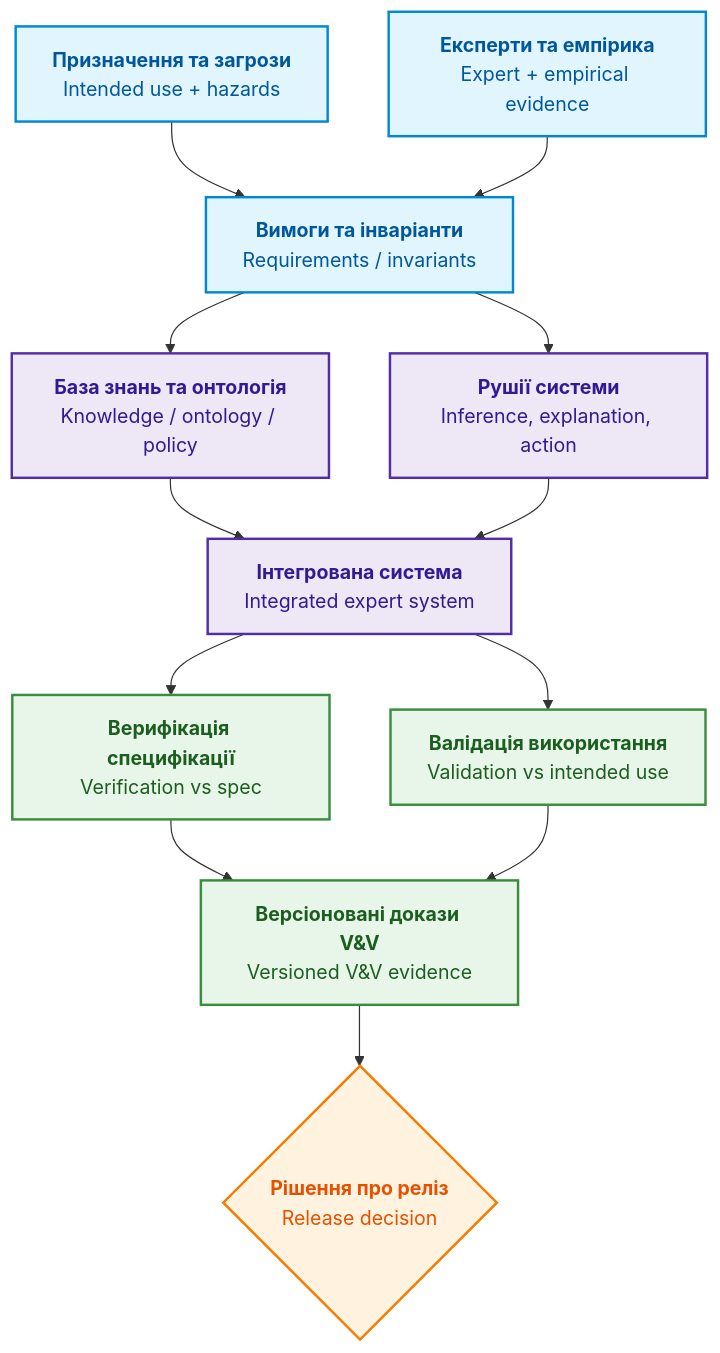
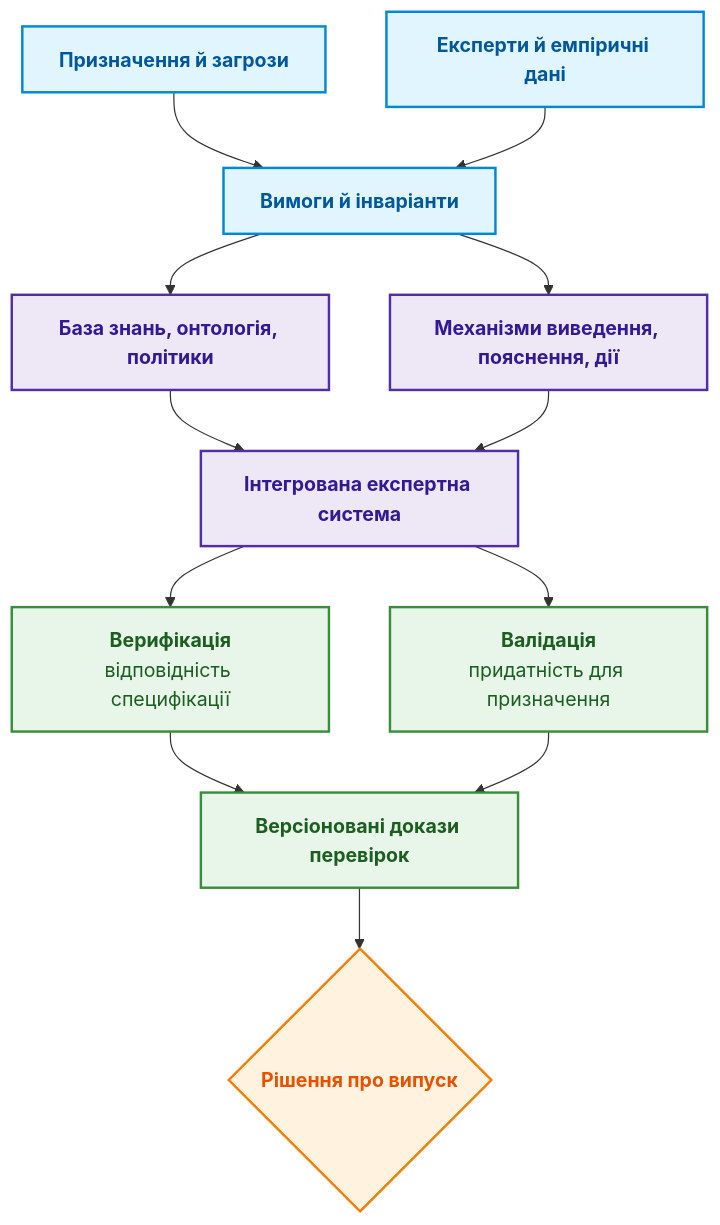
Before and after one commit to nick-fedchik/articles: the first of 5 diagrams in ExpertSystem/ch23-knowledge-base-verification.md, drawn with Mermaid. The commit also changed other lines of this file, not shown here.

````diff
--- a/ExpertSystem/ch23-knowledge-base-verification.md
+++ b/ExpertSystem/ch23-knowledge-base-verification.md
@@ -47,27 +24,27 @@
 ```mermaid
 flowchart TB
-    accTitle: Процес верифікації та валідації експертної системи
-    accDescr: Від вимог до верифікації, валідації та рішення про реліз на основі доказів.
+    accTitle: Верифікація й валідація експертної системи
+    accDescr: Призначення, загрози й експертні знання формують вимоги та інваріанти, з яких будують базу знань і механізми виведення; інтегровану експертну систему верифікують щодо специфікації й валідують щодо призначення, а версіоновані докази обох процесів ідуть на рішення про випуск.
 
-    INT["<b>Призначення та загрози</b><br/>Intended use + hazards"] --> REQ["<b>Вимоги та інваріанти</b><br/>Requirements / invariants"]
-    EXP["<b>Експерти та емпірика</b><br/>Expert + empirical evidence"] --> REQ
-    REQ --> KB["<b>База знань та онтологія</b><br/>Knowledge / ontology / policy"]
-    REQ --> ENG["<b>Рушії системи</b><br/>Inference, explanation, action"]
-    KB --> SYS["<b>Інтегрована система</b><br/>Integrated expert system"]
+    INT["<b>Призначення й загрози</b>"] --> REQ["<b>Вимоги й інваріанти</b>"]
+    EXP["<b>Експерти й емпіричні дані</b>"] --> REQ
+    REQ --> KB["<b>База знань, онтологія, політики</b>"]
+    REQ --> ENG["<b>Механізми виведення, пояснення, дії</b>"]
+    KB --> SYS["<b>Інтегрована експертна система</b>"]
     ENG --> SYS
-    SYS --> VER["<b>Верифікація специфікації</b><br/>Verification vs spec"]
-    SYS --> VAL["<b>Валідація використання</b><br/>Validation vs intended use"]
-    VER --> EVD["<b>Версіоновані докази V&V</b><br/>Versioned V&V evidence"]
+    SYS --> VER["<b>Верифікація</b><br/>відповідність специфікації"]
+    SYS --> VAL["<b>Валідація</b><br/>придатність для призначення"]
+    VER --> EVD["<b>Версіоновані докази перевірок</b>"]
     VAL --> EVD
-    EVD --> GATE{"<b>Рішення про реліз</b><br/>Release decision"}
+    EVD --> GATE{"<b>Рішення про випуск</b>"}
 
     classDef req fill:#e1f5fe,stroke:#0288d1,stroke-width:2px,color:#01579b;
     classDef sys fill:#ede7f6,stroke:#512da8,stroke-width:2px,color:#311b92;
     classDef val fill:#e8f5e9,stroke:#388e3c,stroke-width:2px,color:#1b5e20;
     classDef gate fill:#fff3e0,stroke:#f57c00,stroke-width:2px,color:#e65100;
 
     class INT,EXP,REQ req;
     class KB,ENG,SYS sys;
     class VER,VAL,EVD val;
     class GATE gate;
 ```
````
